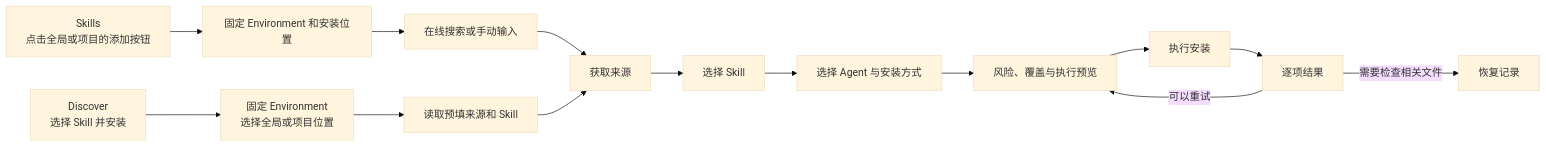
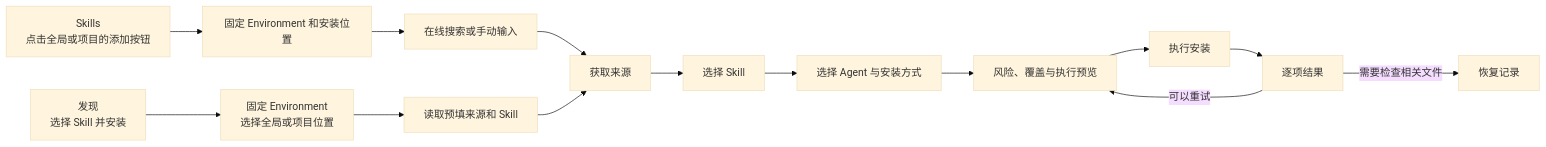
One commit to Hccake/skill-deck changed the third of 3 diagrams in docs/product.md. Above: the diagram before and after it, drawn with Mermaid (base theme). The commit also changed other lines of this file and 23 other files, not shown here.

````diff
--- a/docs/product.md
+++ b/docs/product.md
@@ -137,16 +231,16 @@
 ```mermaid
 flowchart LR
     Skills["Skills\n点击全局或项目的添加按钮"] --> Fixed["固定 Environment 和安装位置"]
-    Discover["Discover\n选择 Skill 并安装"] --> Destination["固定 Environment\n选择全局或项目位置"]
+    Discover["发现\n选择 Skill 并安装"] --> Destination["固定 Environment\n选择全局或项目位置"]
     Fixed --> Source["在线搜索或手动输入"]
     Destination --> Prefill["读取预填来源和 Skill"]
     Source --> Resolve["获取来源"]
     Prefill --> Resolve
     Resolve --> Select["选择 Skill"]
     Select --> Agents["选择 Agent 与安装方式"]
     Agents --> Preview["风险、覆盖与执行预览"]
     Preview --> Execute["执行安装"]
     Execute --> Result["逐项结果"]
     Result -->|可以重试| Preview
     Result -->|需要检查相关文件| Recovery["恢复记录"]
 ```
````
